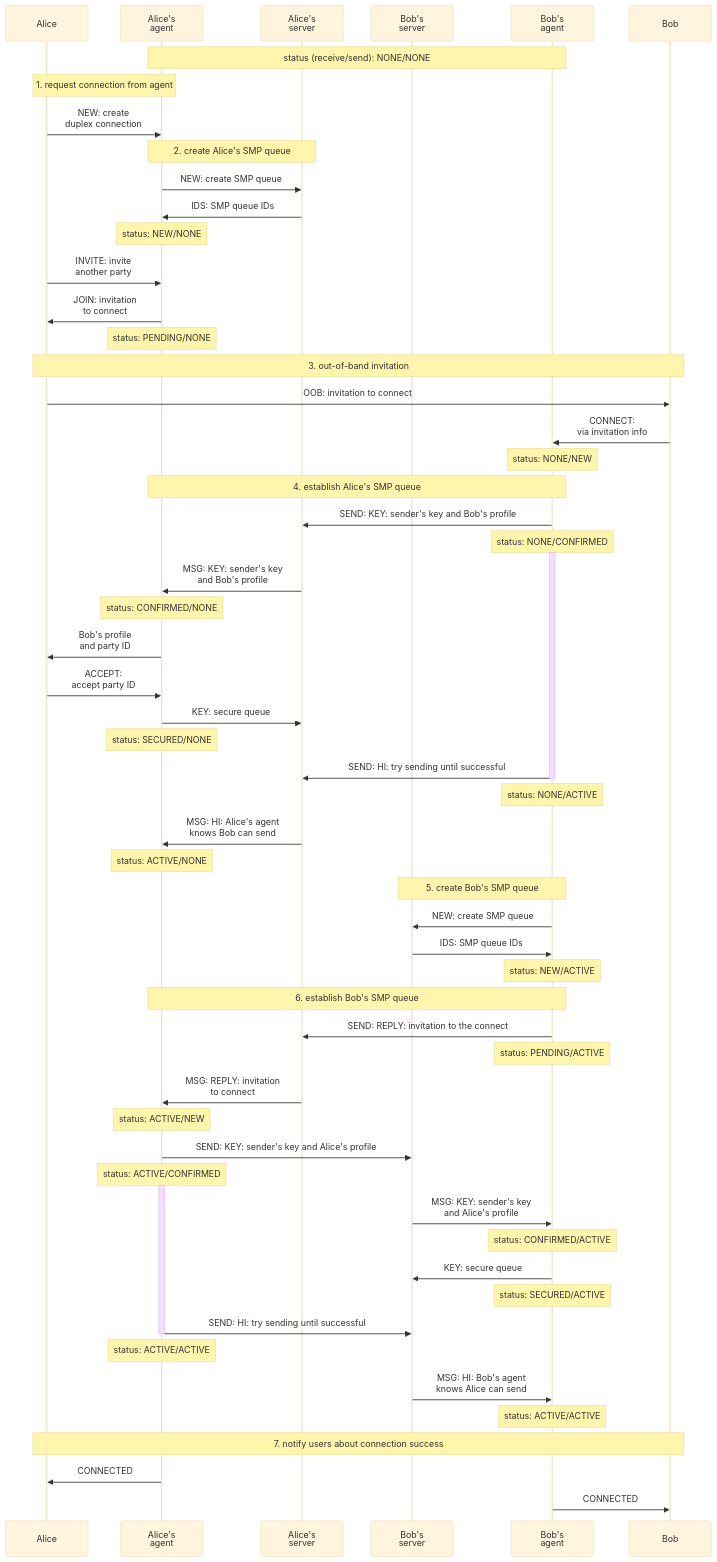
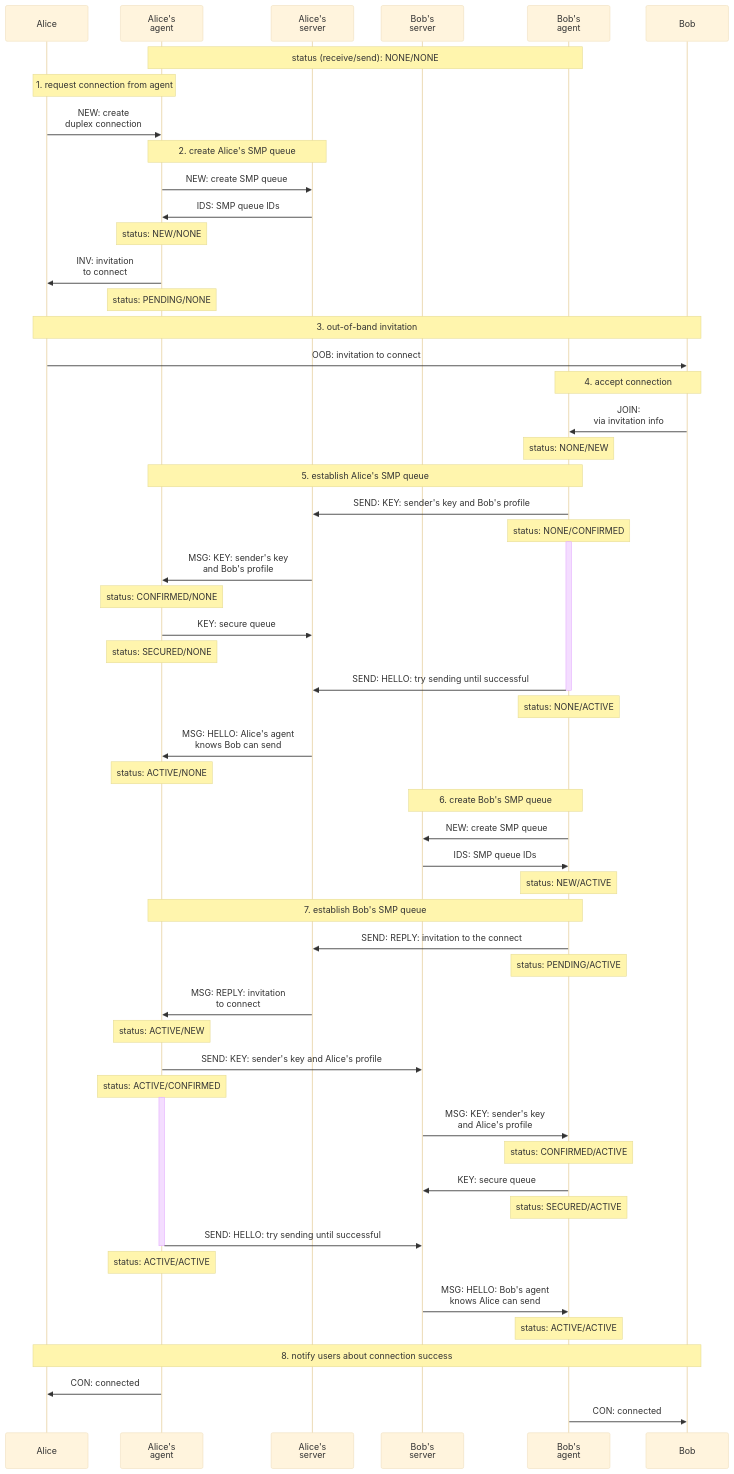
One commit to simplex-chat/simplex-chat changed the diagram in diagrams/duplex-messaging/duplex-creating.mmd. Above: the diagram before and after it, drawn with Mermaid (base theme). The commit also changed 2 other files, not shown here.

Commit message:
duplex procedure, update diagram

```diff
--- a/diagrams/duplex-messaging/duplex-creating.mmd
+++ b/diagrams/duplex-messaging/duplex-creating.mmd
@@ -1,72 +1,71 @@
 sequenceDiagram
   participant A as Alice
   participant AA as Alice's<br>agent
   participant AS as Alice's<br>server
   participant BS as Bob's<br>server
   participant BA as Bob's<br>agent
   participant B as Bob
 
   note over AA, BA: status (receive/send): NONE/NONE
 
   note over A, AA: 1. request connection from agent
   A ->> AA: NEW: create<br>duplex connection
  
   note over AA, AS: 2. create Alice's SMP queue
   AA ->> AS: NEW: create SMP queue
   AS ->> AA: IDS: SMP queue IDs
   note over AA: status: NEW/NONE
 
-  A ->> AA: INVITE: invite<br>another party
-  AA ->> A: JOIN: invitation<br>to connect
+  AA ->> A: INV: invitation<br>to connect
   note over AA: status: PENDING/NONE
 
   note over A, B: 3. out-of-band invitation
   A ->> B: OOB: invitation to connect
-  B ->> BA: CONNECT:<br>via invitation info
+
+  note over BA, B: 4. accept connection
+  B ->> BA: JOIN:<br>via invitation info
   note over BA: status: NONE/NEW
 
-  note over BA, AA: 4. establish Alice's SMP queue
+  note over BA, AA: 5. establish Alice's SMP queue
   BA ->> AS: SEND: KEY: sender's key and Bob's profile
   note over BA: status: NONE/CONFIRMED
   activate BA
   AS ->> AA: MSG: KEY: sender's key<br>and Bob's profile
   note over AA: status: CONFIRMED/NONE
-  AA ->> A: Bob's profile<br>and party ID
-  A ->> AA: ACCEPT:<br>accept party ID
   AA ->> AS: KEY: secure queue
   note over AA: status: SECURED/NONE
 
-  BA ->> AS: SEND: HI: try sending until successful
+  BA ->> AS: SEND: HELLO: try sending until successful
   deactivate BA
   note over BA: status: NONE/ACTIVE
-  AS ->> AA: MSG: HI: Alice's agent<br>knows Bob can send
+  AS ->> AA: MSG: HELLO: Alice's agent<br>knows Bob can send
   note over AA: status: ACTIVE/NONE
 
-  note over BA, BS: 5. create Bob's SMP queue
+  note over BA, BS: 6. create Bob's SMP queue
   BA ->> BS: NEW: create SMP queue
   BS ->> BA: IDS: SMP queue IDs
   note over BA: status: NEW/ACTIVE
 
-  note over AA, BA: 6. establish Bob's SMP queue
+  note over AA, BA: 7. establish Bob's SMP queue
   BA ->> AS: SEND: REPLY: invitation to the connect
   note over BA: status: PENDING/ACTIVE
   AS ->> AA: MSG: REPLY: invitation<br>to connect
   note over AA: status: ACTIVE/NEW
 
   AA ->> BS: SEND: KEY: sender's key and Alice's profile
   note over AA: status: ACTIVE/CONFIRMED
   activate AA
   BS ->> BA: MSG: KEY: sender's key<br>and Alice's profile
   note over BA: status: CONFIRMED/ACTIVE
   BA ->> BS: KEY: secure queue
   note over BA: status: SECURED/ACTIVE
 
-  AA ->> BS: SEND: HI: try sending until successful
+  AA ->> BS: SEND: HELLO: try sending until successful
   deactivate AA
   note over AA: status: ACTIVE/ACTIVE
-  BS ->> BA: MSG: HI: Bob's agent<br>knows Alice can send
+  BS ->> BA: MSG: HELLO: Bob's agent<br>knows Alice can send
   note over BA: status: ACTIVE/ACTIVE
 
-  note over A, B: 7. notify users about connection success
-  AA ->> A: CONNECTED
-  BA ->> B: CONNECTED
+  note over A, B: 8. notify users about connection success
+  AA ->> A: CON: connected
+  BA ->> B: CON: connected
```
